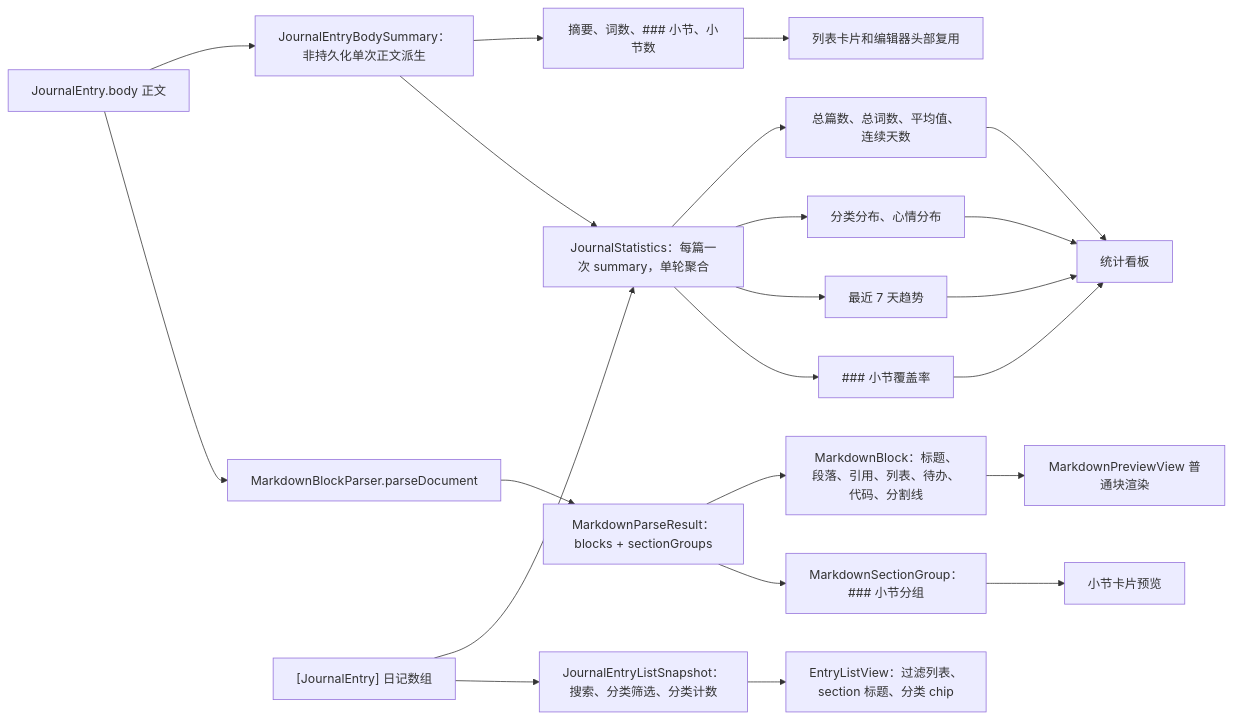
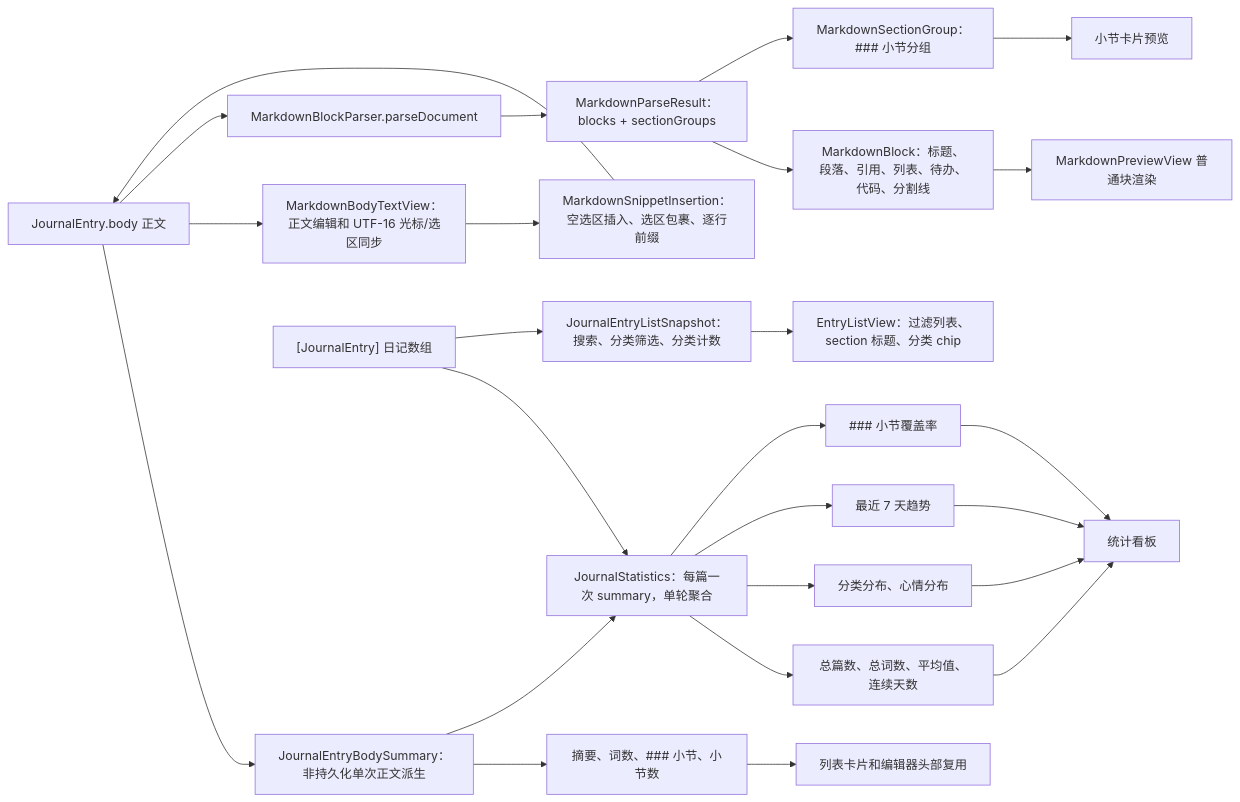
One commit to Altman-sam114/117 changed the third of 5 diagrams in md/flow/flowchart.md. Above: the diagram before and after it, drawn with Mermaid. The commit also changed other lines of this file and 11 other files, not shown here.

````diff
--- a/md/flow/flowchart.md
+++ b/md/flow/flowchart.md
@@ -83,24 +86,27 @@
 ```mermaid
 flowchart LR
   Body["JournalEntry.body 正文"] --> Summary["JournalEntryBodySummary：非持久化单次正文派生"]
+  Body --> BodyText["MarkdownBodyTextView：正文编辑和 UTF-16 光标/选区同步"]
+  BodyText --> InsertRule["MarkdownSnippetInsertion：空选区插入、选区包裹、逐行前缀"]
+  InsertRule --> Body
   Summary --> Excerpt["摘要、词数、### 小节、小节数"]
   Excerpt --> RowEditor["列表卡片和编辑器头部复用"]
   Summary --> Statistics["JournalStatistics：每篇一次 summary，单轮聚合"]
   Body --> Parse["MarkdownBlockParser.parseDocument"]
   Parse --> Result["MarkdownParseResult：blocks + sectionGroups"]
   Result --> Blocks["MarkdownBlock：标题、段落、引用、列表、待办、代码、分割线"]
   Blocks --> Preview["MarkdownPreviewView 普通块渲染"]
   Result --> Sections["MarkdownSectionGroup：### 小节分组"]
   Sections --> SectionPreview["小节卡片预览"]
   Entries["[JournalEntry] 日记数组"] --> Statistics
   Entries --> ListSnapshot2["JournalEntryListSnapshot：搜索、分类筛选、分类计数"]
   ListSnapshot2 --> ListView["EntryListView：过滤列表、section 标题、分类 chip"]
   Statistics --> Metrics["总篇数、总词数、平均值、连续天数"]
   Statistics --> Distributions["分类分布、心情分布"]
   Statistics --> Trend["最近 7 天趋势"]
   Statistics --> Coverage["### 小节覆盖率"]
   Metrics --> Dashboard["统计看板"]
   Distributions --> Dashboard
   Trend --> Dashboard
   Coverage --> Dashboard
 ```
````
